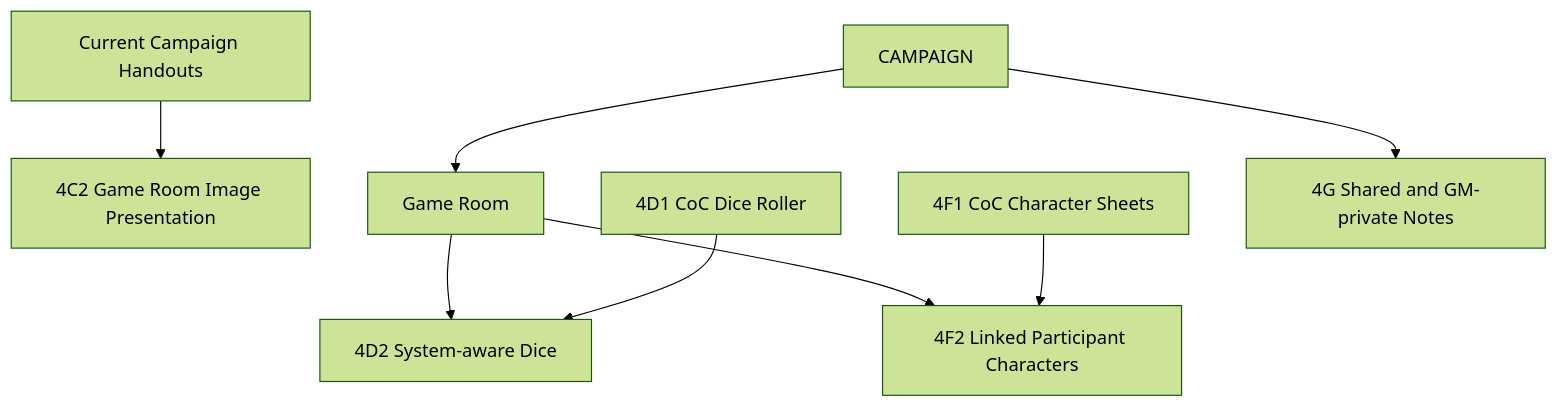
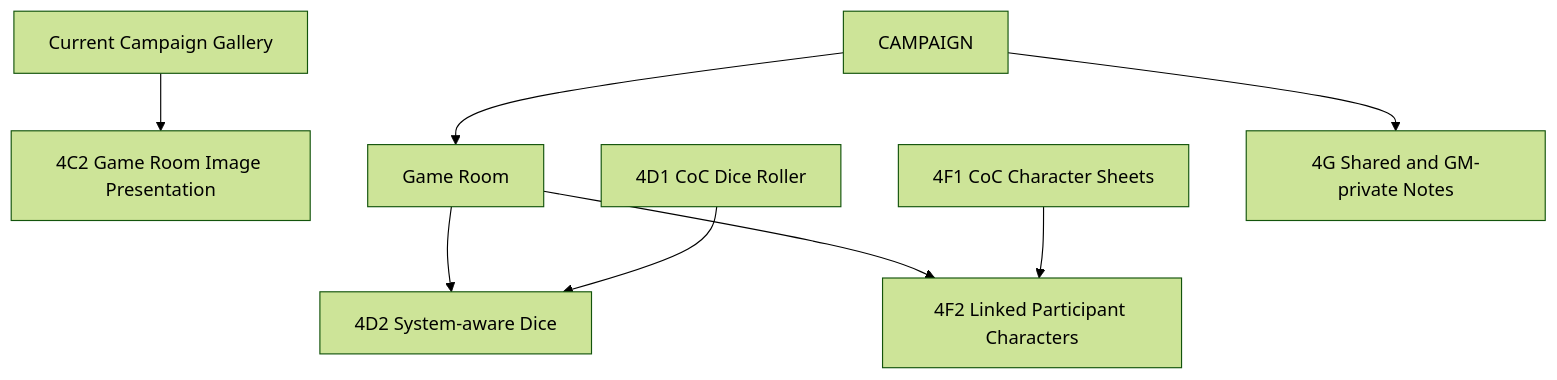
The second of 2 diagrams in docs/product/SITE_MAP.md (Andrey-0101/ttrpg-website), drawn with Mermaid (forest theme) before and after one commit. The commit also changed other lines of this file and 32 other files, not shown here.

Commit message:
feat: add campaign gallery categories (#42)

````diff
--- a/docs/product/SITE_MAP.md
+++ b/docs/product/SITE_MAP.md
@@ -32,10 +32,10 @@
 ```mermaid
 flowchart TD
-    HANDOUTS["Current Campaign Handouts"] --> DISPLAY["4C2 Game Room Image Presentation"]
+    GALLERY["Current Campaign Gallery"] --> DISPLAY["4C2 Game Room Image Presentation"]
     CAMPAIGN --> GAME_ROOM["Game Room"]
     GAME_ROOM --> SYSTEM_DICE["4D2 System-aware Dice"]
     COC_DICE["4D1 CoC Dice Roller"] --> SYSTEM_DICE
     GAME_ROOM --> LINKED_CHARACTERS["4F2 Linked Participant Characters"]
     COC_CHARACTERS["4F1 CoC Character Sheets"] --> LINKED_CHARACTERS
     CAMPAIGN --> NOTES["4G Shared and GM-private Notes"]
 ```
````
